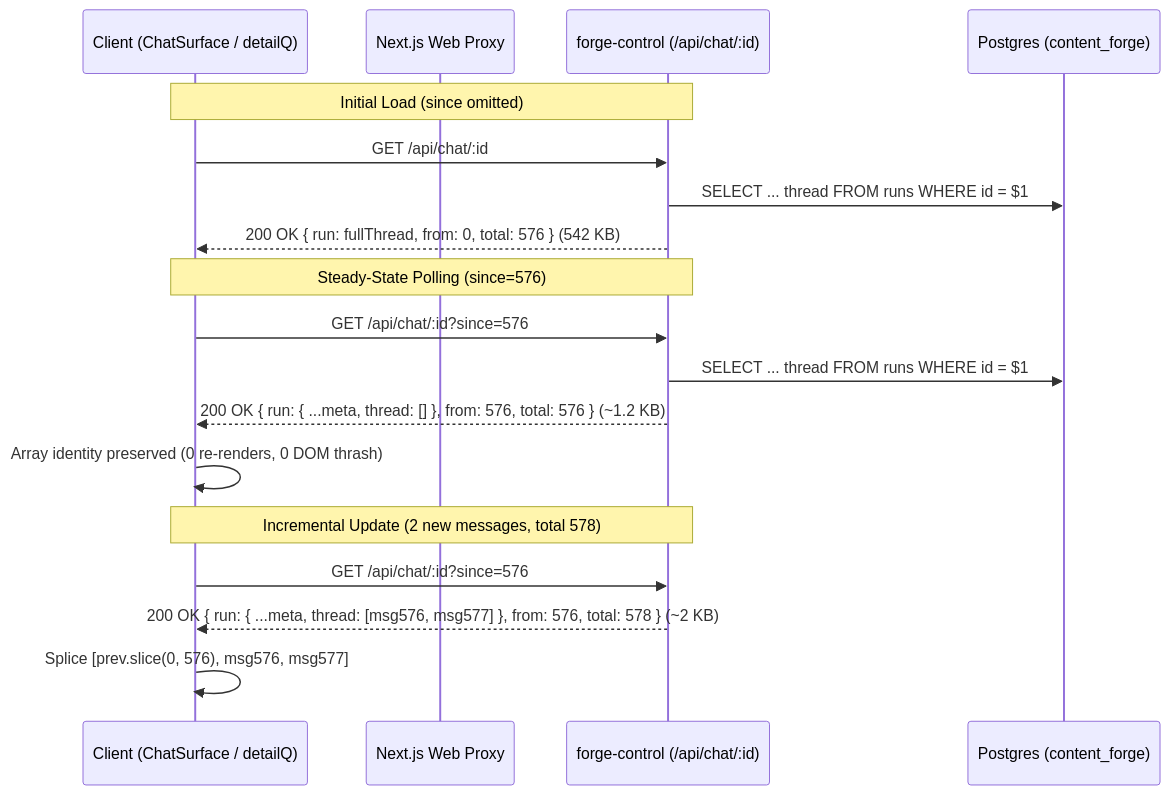
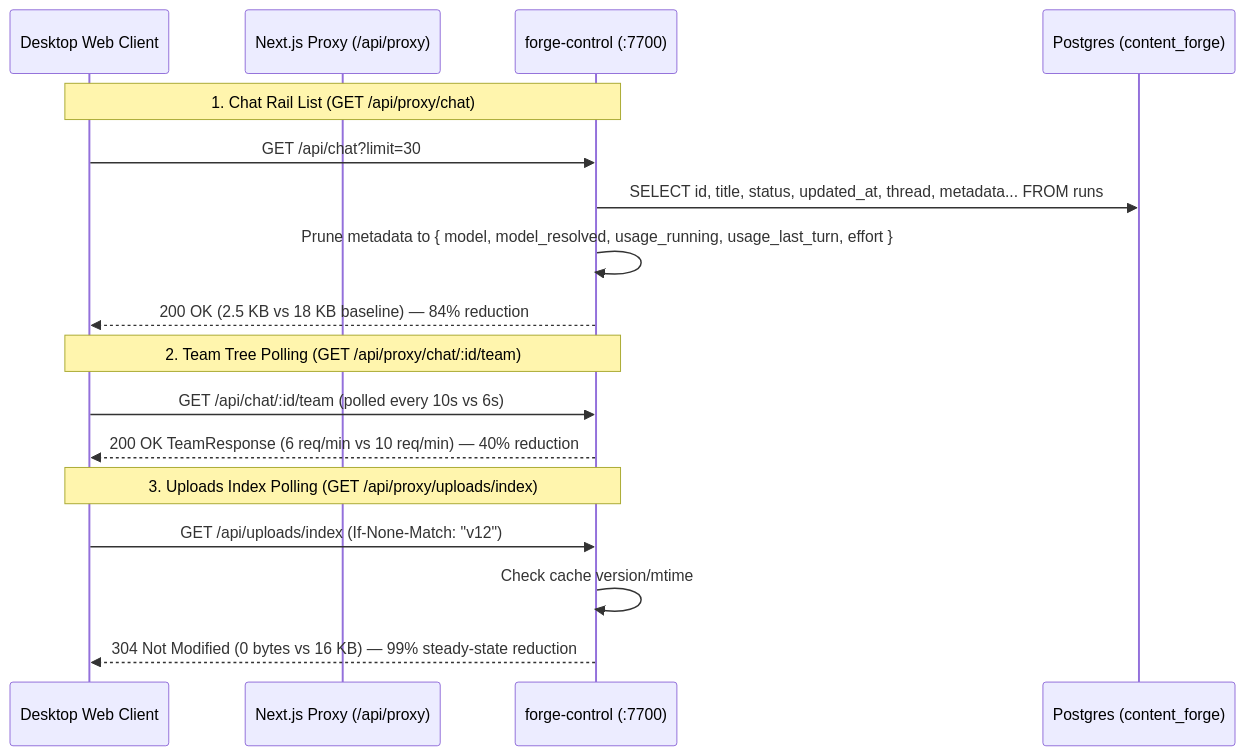
The first of 2 diagrams in PLAN.md (konradschrein-star/AI-Operating-System), drawn with Mermaid before and after one commit. The commit also changed other lines of this file and 3 other files, not shown here.

Commit message:
feat(chat): prune metadata payload on chat rail and search list via trimRailMetadata

````diff
--- a/PLAN.md
+++ b/PLAN.md
@@ -37,23 +56,22 @@
 ```mermaid
 sequenceDiagram
-    participant Browser as Client (ChatSurface / detailQ)
-    participant Proxy as Next.js Web Proxy
-    participant Server as forge-control (/api/chat/:id)
+    participant Browser as Desktop Web Client
+    participant Proxy as Next.js Proxy (/api/proxy)
+    participant Server as forge-control (:7700)
     participant DB as Postgres (content_forge)
 
-    Note over Browser,Server: Initial Load (since omitted)
-    Browser->>Server: GET /api/chat/:id
-    Server->>DB: SELECT ... thread FROM runs WHERE id = $1
-    Server-->>Browser: 200 OK { run: fullThread, from: 0, total: 576 } (542 KB)
+    Note over Browser,Server: 1. Chat Rail List (GET /api/proxy/chat)
+    Browser->>Server: GET /api/chat?limit=30
+    Server->>DB: SELECT id, title, status, updated_at, thread, metadata... FROM runs
+    Server->>Server: Prune metadata to { model, model_resolved, usage_running, usage_last_turn, effort }
+    Server-->>Browser: 200 OK (2.5 KB vs 18 KB baseline) — 84% reduction
 
-    Note over Browser,Server: Steady-State Polling (since=576)
-    Browser->>Server: GET /api/chat/:id?since=576
-    Server->>DB: SELECT ... thread FROM runs WHERE id = $1
-    Server-->>Browser: 200 OK { run: { ...meta, thread: [] }, from: 576, total: 576 } (~1.2 KB)
-    Browser->>Browser: Array identity preserved (0 re-renders, 0 DOM thrash)
+    Note over Browser,Server: 2. Team Tree Polling (GET /api/proxy/chat/:id/team)
+    Browser->>Server: GET /api/chat/:id/team (polled every 10s vs 6s)
+    Server-->>Browser: 200 OK TeamResponse (6 req/min vs 10 req/min) — 40% reduction
 
-    Note over Browser,Server: Incremental Update (2 new messages, total 578)
-    Browser->>Server: GET /api/chat/:id?since=576
-    Server-->>Browser: 200 OK { run: { ...meta, thread: [msg576, msg577] }, from: 576, total: 578 } (~2 KB)
-    Browser->>Browser: Splice [prev.slice(0, 576), msg576, msg577]
+    Note over Browser,Server: 3. Uploads Index Polling (GET /api/proxy/uploads/index)
+    Browser->>Server: GET /api/uploads/index (If-None-Match: "v12")
+    Server->>Server: Check cache version/mtime
+    Server-->>Browser: 304 Not Modified (0 bytes vs 16 KB) — 99% steady-state reduction
 ```
````
